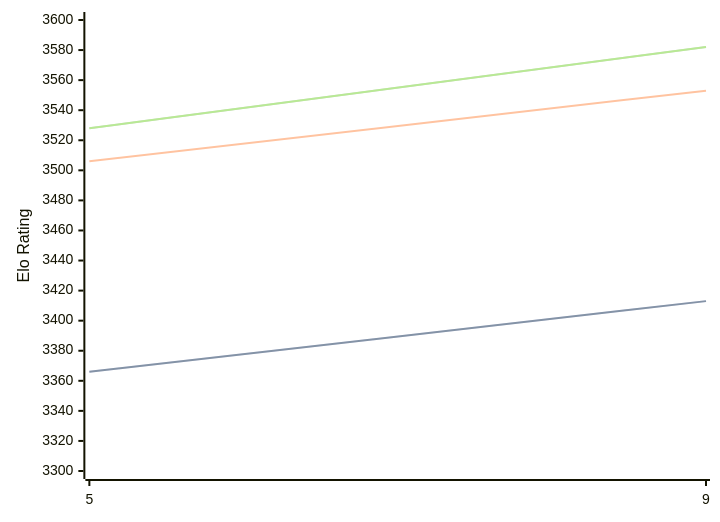
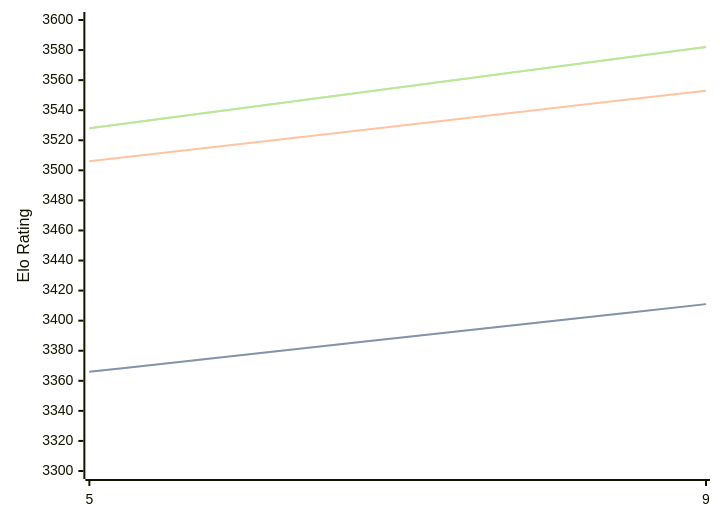
Before and after one commit to computer-chess-index/cci: the first of 3 diagrams in engines/Crystal.md, drawn with Mermaid. The commit also changed other lines of this file, not shown here.

````diff
--- a/engines/Crystal.md
+++ b/engines/Crystal.md
@@ -60,11 +60,11 @@
 ```mermaid
 %%{init: {"theme":"base","themeVariables":{"seriesColors:['#a3a3a3','#222221','#faa371']}}}%%
 xychart-beta
   x-axis ["5", "9"]
   y-axis "Elo Rating" 3300 --> 3600
-  line "STC (8.0+0.08s)" [3366, 3413]
-  line "STC (8.0+0.08s)" [3366, 3413]
+  line "STC (8.0+0.08s)" [3366, 3411]
+  line "STC (8.0+0.08s)" [3366, 3411]
   line "LTC (60.0+0.60s)" [3506, 3553]
   line "VLTC (2m24s+1.12s)" [3528, 3582]
   line "VLTC (2m24s+1.12s)" [3528, 3582]
 ```
````
